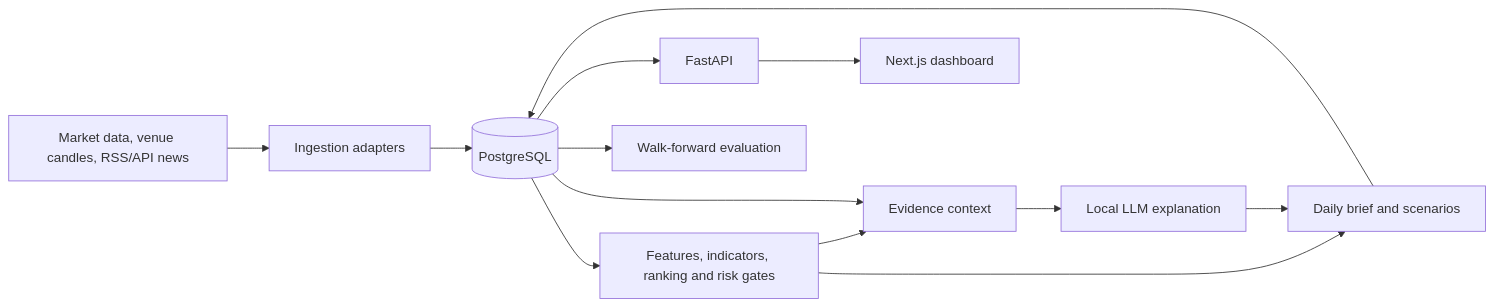
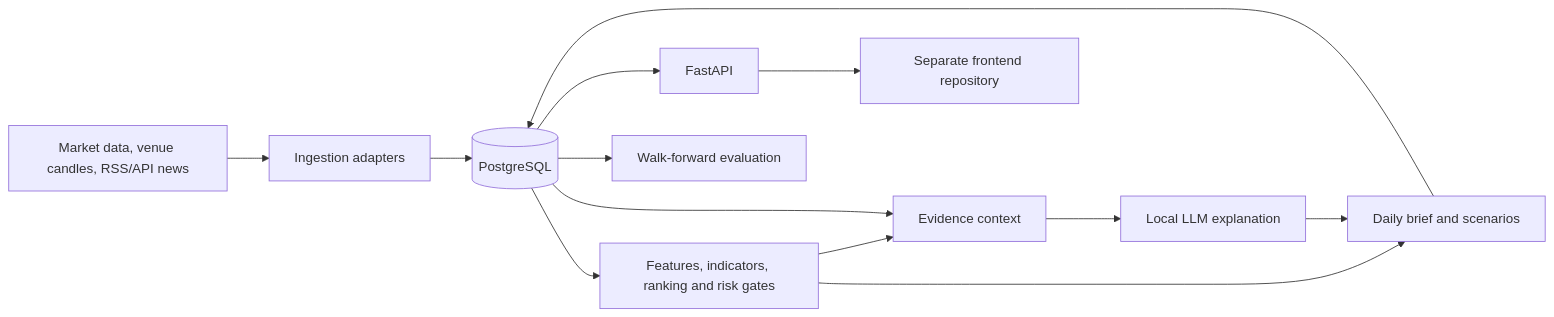
The diagram in README.md (psandy2102/crypto-market-insights), drawn with Mermaid before and after one commit. The commit also changed other lines of this file and 9 other files, not shown here.

````diff
--- a/README.md
+++ b/README.md
@@ -52,15 +52,15 @@
 ```mermaid
 flowchart LR
   Sources[Market data, venue candles, RSS/API news] --> Ingestion[Ingestion adapters]
   Ingestion --> Database[(PostgreSQL)]
   Database --> Analytics[Features, indicators, ranking and risk gates]
   Analytics --> Context[Evidence context]
   Database --> Context
   Context --> LLM[Local LLM explanation]
   Analytics --> Brief[Daily brief and scenarios]
   LLM --> Brief
   Brief --> Database
   Database --> API[FastAPI]
-  API --> Dashboard[Next.js dashboard]
+  API --> Dashboard[Separate frontend repository]
   Database --> Evaluation[Walk-forward evaluation]
 ```
````
